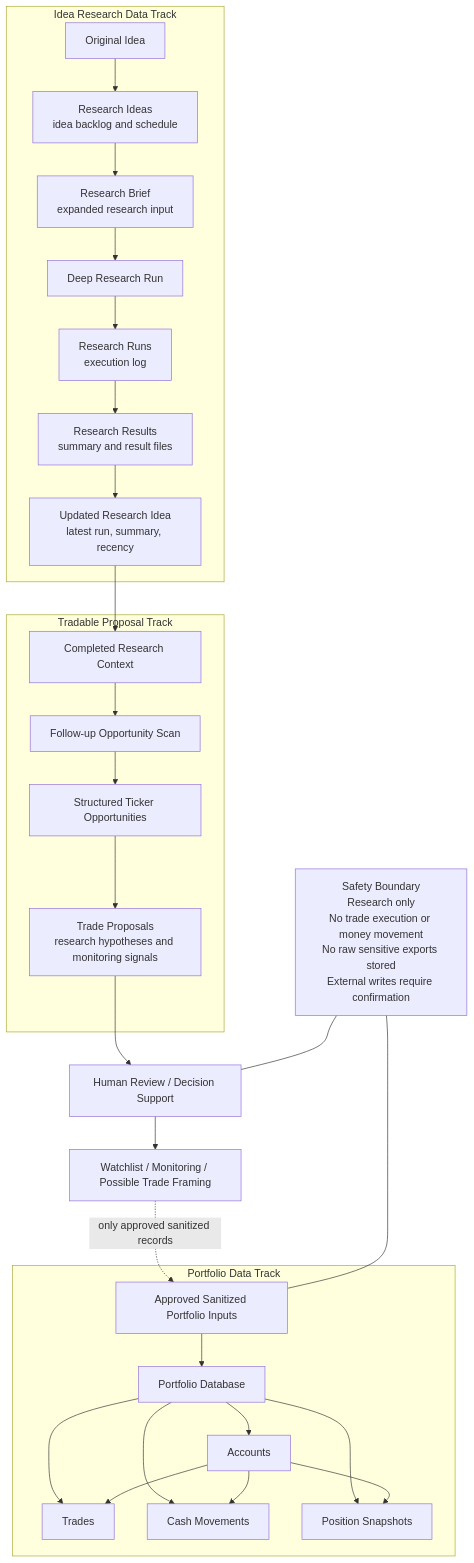
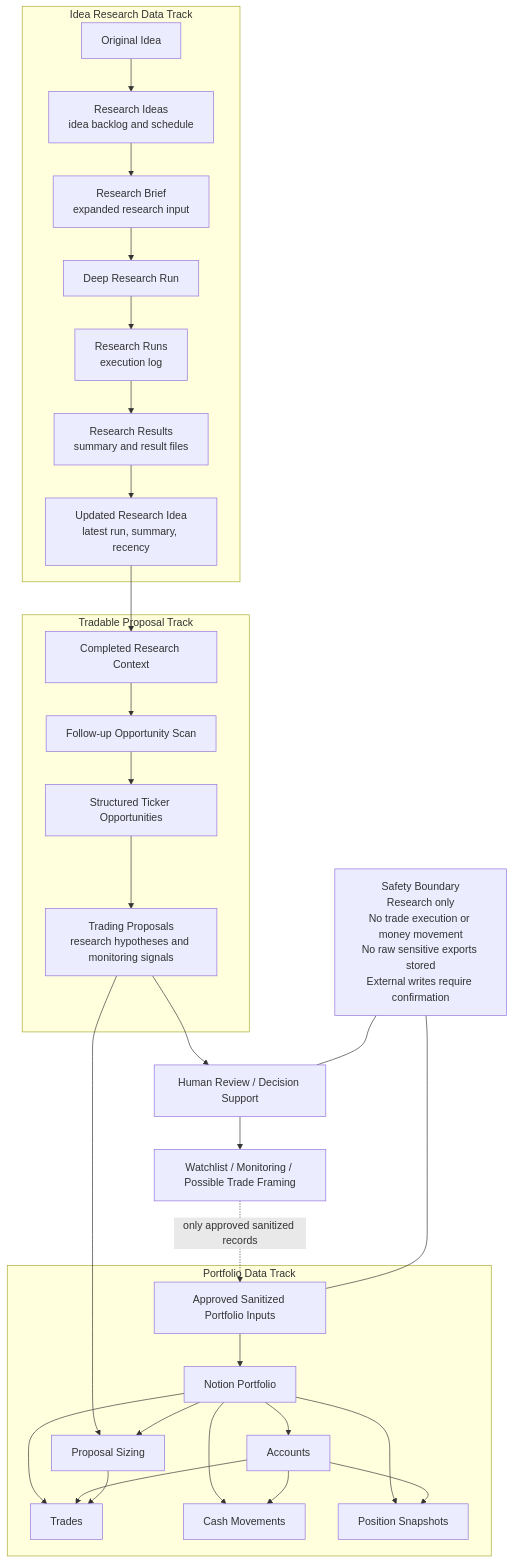
The diagram in README.md (jonecheung/investment-ai), drawn with Mermaid before and after one commit. The commit also changed other lines of this file and 6 other files, not shown here.

First line of the commit message:
Document canonical three-layer tradable proposal and portfolio schemas.

````diff
--- a/README.md
+++ b/README.md
@@ -50,49 +50,53 @@
 ```mermaid
 flowchart TD
   subgraph IR[Idea Research Data Track]
     A[Original Idea]
     B[Research Ideas<br/>idea backlog and schedule]
     C[Research Brief<br/>expanded research input]
     D[Deep Research Run]
     E[Research Runs<br/>execution log]
     F[Research Results<br/>summary and result files]
     G[Updated Research Idea<br/>latest run, summary, recency]
   end
 
   subgraph TP[Tradable Proposal Track]
     H[Completed Research Context]
     I[Follow-up Opportunity Scan]
     J[Structured Ticker Opportunities]
-    K[Trade Proposals<br/>research hypotheses and monitoring signals]
+    K[Trading Proposals<br/>research hypotheses and monitoring signals]
   end
 
   subgraph PF[Portfolio Data Track]
     L[Approved Sanitized Portfolio Inputs]
-    M[Portfolio Database]
+    M[Notion Portfolio]
     N[Accounts]
     O[Trades]
     P[Cash Movements]
     Q[Position Snapshots]
+    Sizing[Proposal Sizing]
   end
 
   A --> B --> C --> D --> E --> F --> G
 
   G --> H --> I --> J --> K
 
   K --> R[Human Review / Decision Support]
   R --> S[Watchlist / Monitoring / Possible Trade Framing]
   S -. only approved sanitized records .-> L
+  K --> Sizing
 
   L --> M
   M --> N
   M --> O
   M --> P
   M --> Q
+  M --> Sizing
   N --> O
   N --> P
   N --> Q
+  Sizing --> O
 
   Z[Safety Boundary<br/>Research only<br/>No trade execution or money movement<br/>No raw sensitive exports stored<br/>External writes require confirmation]
   Z --- R
   Z --- L
 ```
````
